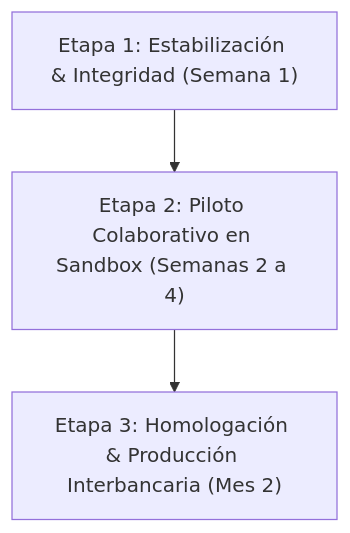
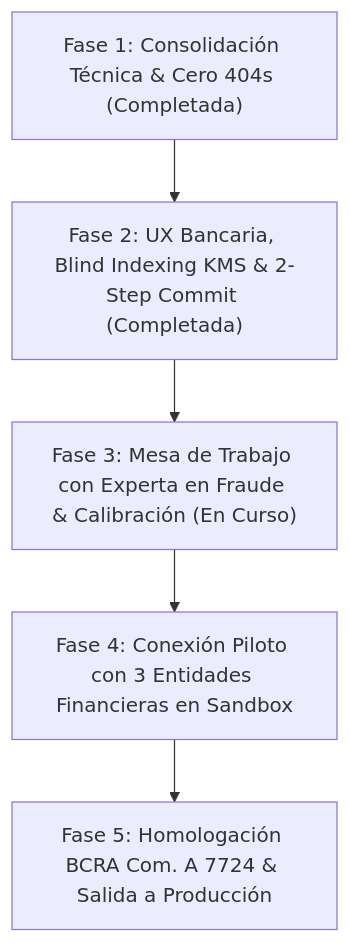
Before and after one commit to alanmorales778-dot/antifraude-admin: the diagram in REUNION_FRAUDE.md, drawn with Mermaid. The commit also changed other lines of this file and 4 other files, not shown here.

Commit message:
feat(security-ux): implement enterprise HMAC-SHA256 blind indexing, banking UX split, and 2-step fraud reporting

````diff
--- a/REUNION_FRAUDE.md
+++ b/REUNION_FRAUDE.md
@@ -109,5 +122,7 @@
 ```mermaid
 graph TD
-    A["Etapa 1: Estabilización & Integridad (Semana 1)"] --> B["Etapa 2: Piloto Colaborativo en Sandbox (Semanas 2 a 4)"]
-    B --> C["Etapa 3: Homologación & Producción Interbancaria (Mes 2)"]
+    A["Fase 1: Consolidación Técnica & Cero 404s (Completada)"] --> B["Fase 2: UX Bancaria, Blind Indexing KMS & 2-Step Commit (Completada)"]
+    B --> C["Fase 3: Mesa de Trabajo con Experta en Fraude & Calibración (En Curso)"]
+    C --> D["Fase 4: Conexión Piloto con 3 Entidades Financieras en Sandbox"]
+    D --> E["Fase 5: Homologación BCRA Com. A 7724 & Salida a Producción"]
 ```
````
